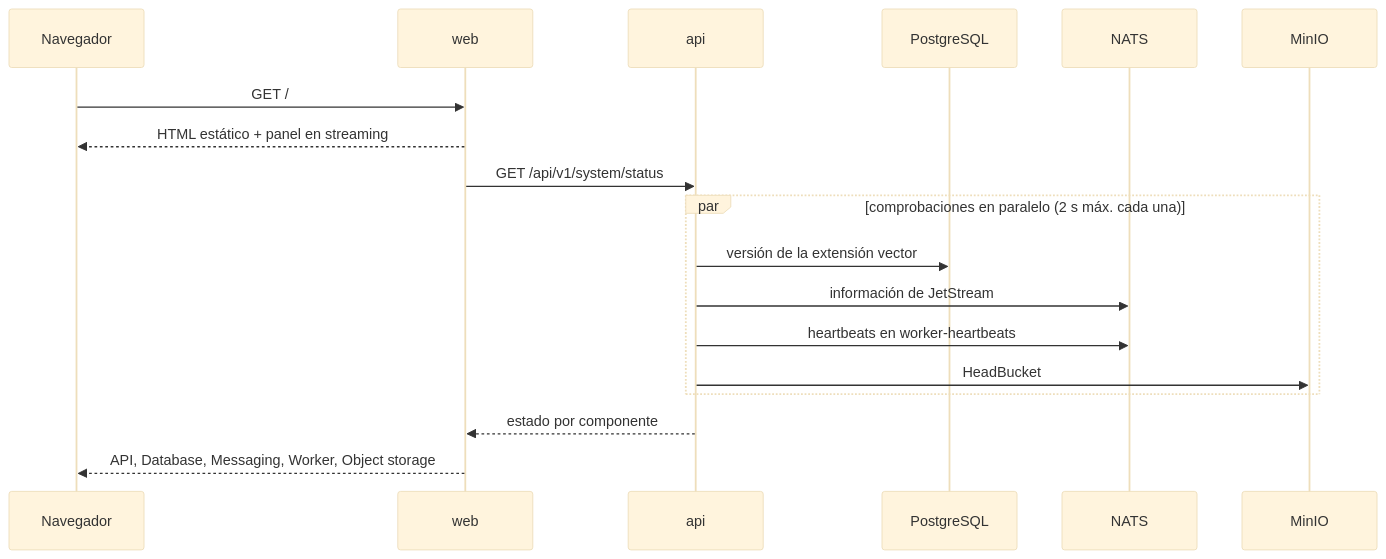
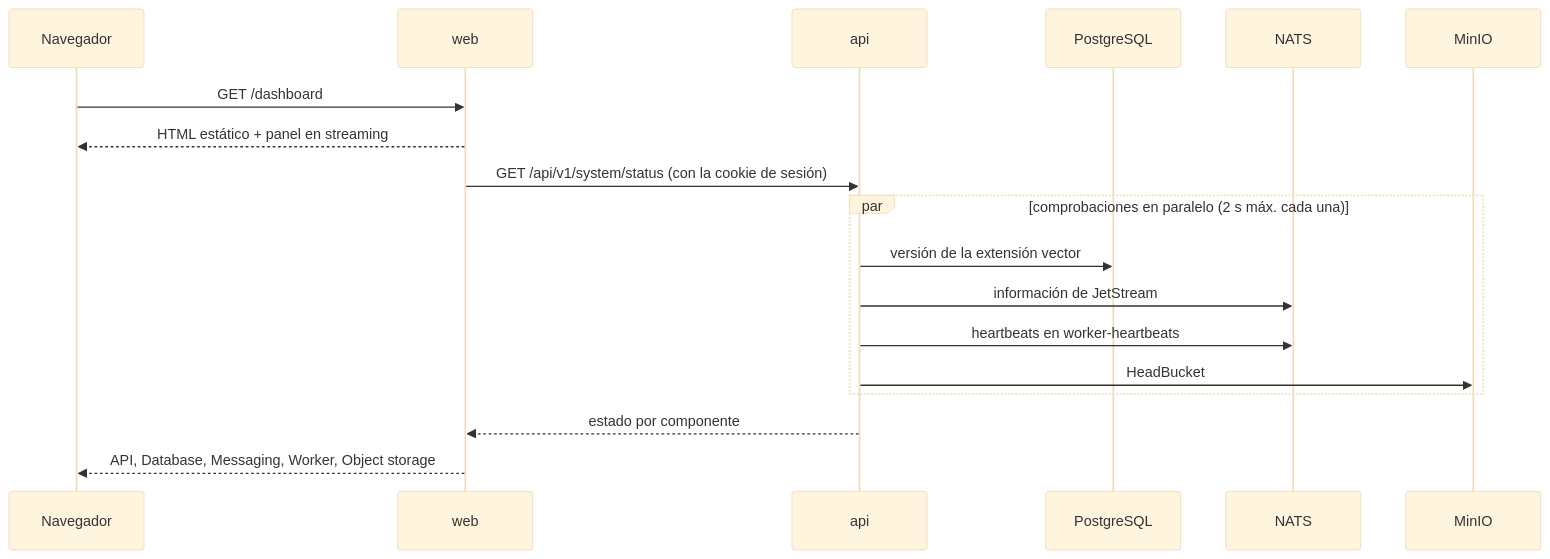
One commit to ricardoverita/verarag changed the second of 3 diagrams in docs/architecture/overview.md. Above: the diagram before and after it, drawn with Mermaid (base theme). The commit also changed other lines of this file and 16 other files, not shown here.

````diff
--- a/docs/architecture/overview.md
+++ b/docs/architecture/overview.md
@@ -35,20 +38,20 @@
 ```mermaid
 sequenceDiagram
     participant B as Navegador
     participant W as web
     participant A as api
     participant P as PostgreSQL
     participant N as NATS
     participant S as MinIO
-    B->>W: GET /
+    B->>W: GET /dashboard
     W-->>B: HTML estático + panel en streaming
-    W->>A: GET /api/v1/system/status
+    W->>A: GET /api/v1/system/status (con la cookie de sesión)
     par comprobaciones en paralelo (2 s máx. cada una)
         A->>P: versión de la extensión vector
         A->>N: información de JetStream
         A->>N: heartbeats en worker-heartbeats
         A->>S: HeadBucket
     end
     A-->>W: estado por componente
     W-->>B: API, Database, Messaging, Worker, Object storage
 ```
````
